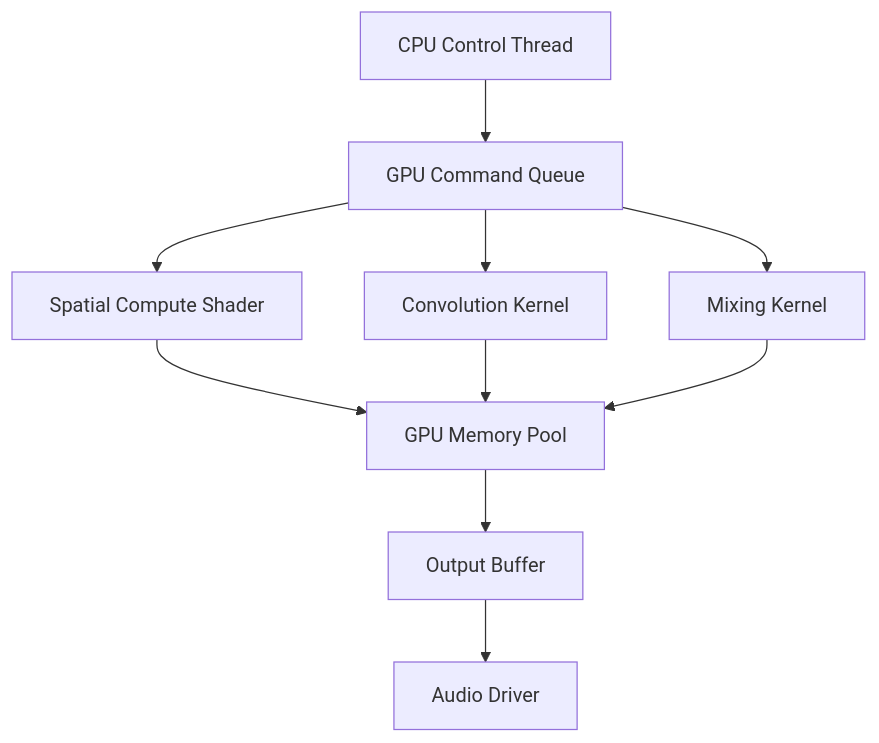
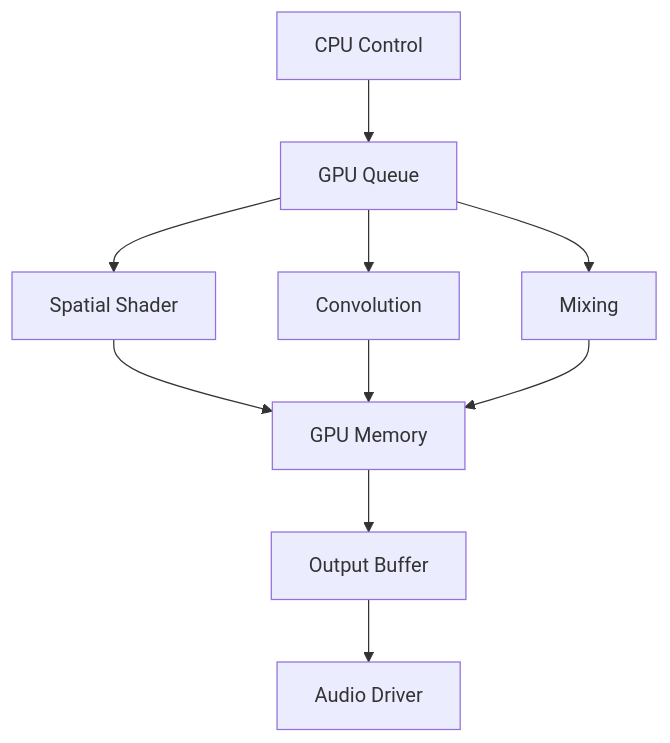
The fifth of 9 diagrams in README.md (statesflowwishes-sketch/4a3C5u2S7T1i3C), drawn with Mermaid before and after one commit. The commit also changed other lines of this file, not shown here.

First line of the commit message:
🔧 Fix Mermaid Rendering Issues: Simplified Complex Diagrams

````diff
--- a/README.md
+++ b/README.md
@@ -368,14 +363,14 @@
 ```mermaid
-graph TD
-    A[CPU Control Thread] --> B[GPU Command Queue]
-    B --> C[Spatial Compute Shader]
-    B --> D[Convolution Kernel]
-    B --> E[Mixing Kernel]
+flowchart TD
+    A[CPU Control] --> B[GPU Queue]
+    B --> C[Spatial Shader]
+    B --> D[Convolution]
+    B --> E[Mixing]
     
-    C --> F[GPU Memory Pool]
+    C --> F[GPU Memory]
     D --> F
     E --> F
     
     F --> G[Output Buffer]
     G --> H[Audio Driver]
 ```
````
